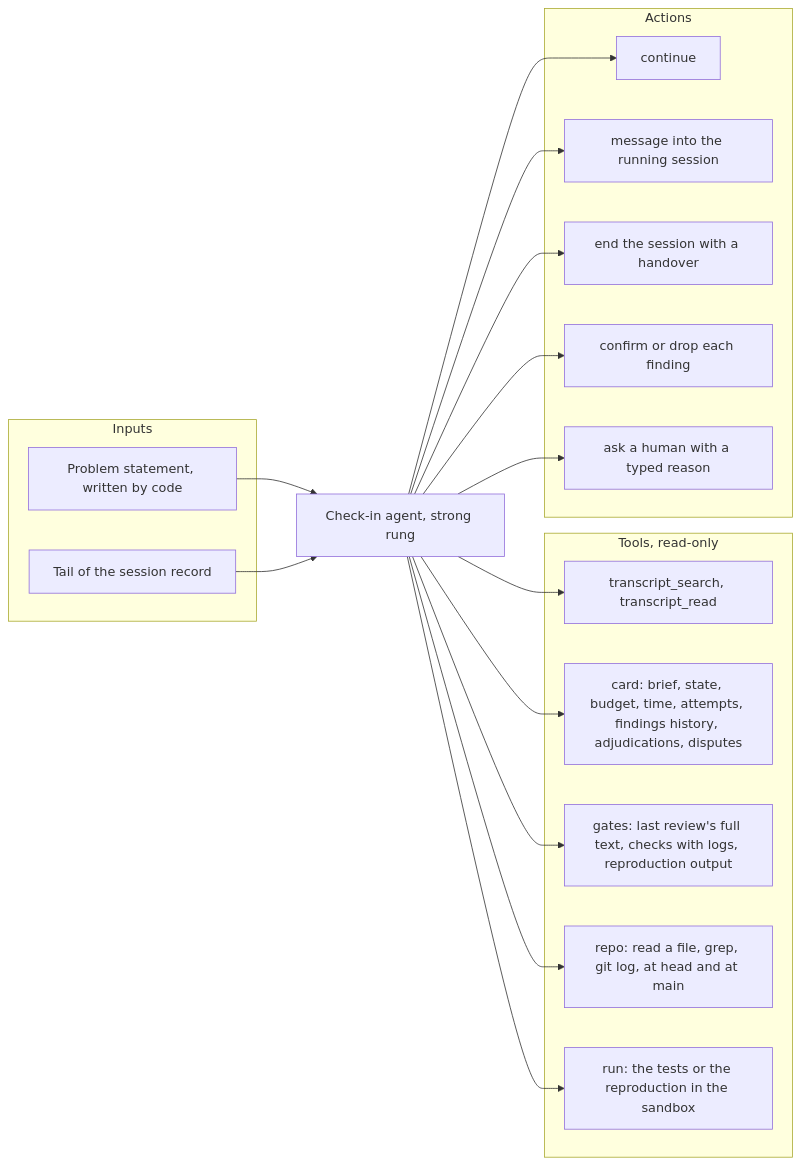
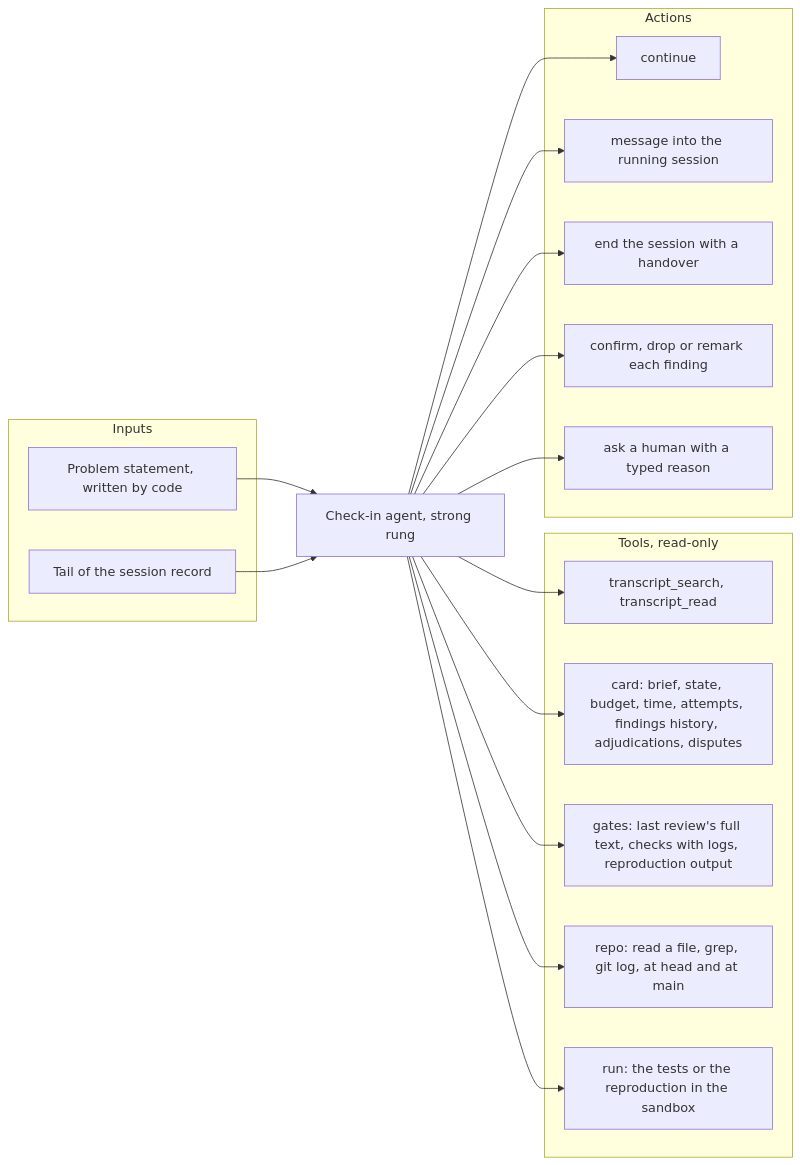
Before and after one commit to sebastianrueckerai/ai-software-factory: the seventh of 9 diagrams in docs/escalation-ladder-redesign-2026-10-15.md, drawn with Mermaid. The commit also changed other lines of this file and 1 other file, not shown here.

Commit message:
Escalation ladder: the case of card #854 folded in (sessions counted, a floor per rung, one path for every human wait, spend and context detectors, the review in parts, a browser and a lab gate, the remark verdict), and the validation brief for a session that judges the ladder after a real batch

````diff
--- a/docs/escalation-ladder-redesign-2026-10-15.md
+++ b/docs/escalation-ladder-redesign-2026-10-15.md
@@ -331,33 +331,33 @@
 ```mermaid
 flowchart LR
   subgraph Inputs
     PS[Problem statement, written by code]
     TL[Tail of the session record]
   end
   subgraph T["Tools, read-only"]
     T1[transcript_search, transcript_read]
     T2[card: brief, state, budget, time, attempts, findings history, adjudications, disputes]
     T3["gates: last review's full text, checks with logs, reproduction output"]
     T4[repo: read a file, grep, git log, at head and at main]
     T5[run: the tests or the reproduction in the sandbox]
   end
   subgraph Actions
     A1[continue]
     A2[message into the running session]
     A3[end the session with a handover]
-    A4[confirm or drop each finding]
+    A4[confirm, drop or remark each finding]
     A5[ask a human with a typed reason]
   end
   PS --> CK[Check-in agent, strong rung]
   TL --> CK
   CK --> T1
   CK --> T2
   CK --> T3
   CK --> T4
   CK --> T5
   CK --> A1
   CK --> A2
   CK --> A3
   CK --> A4
   CK --> A5
 ```
````
